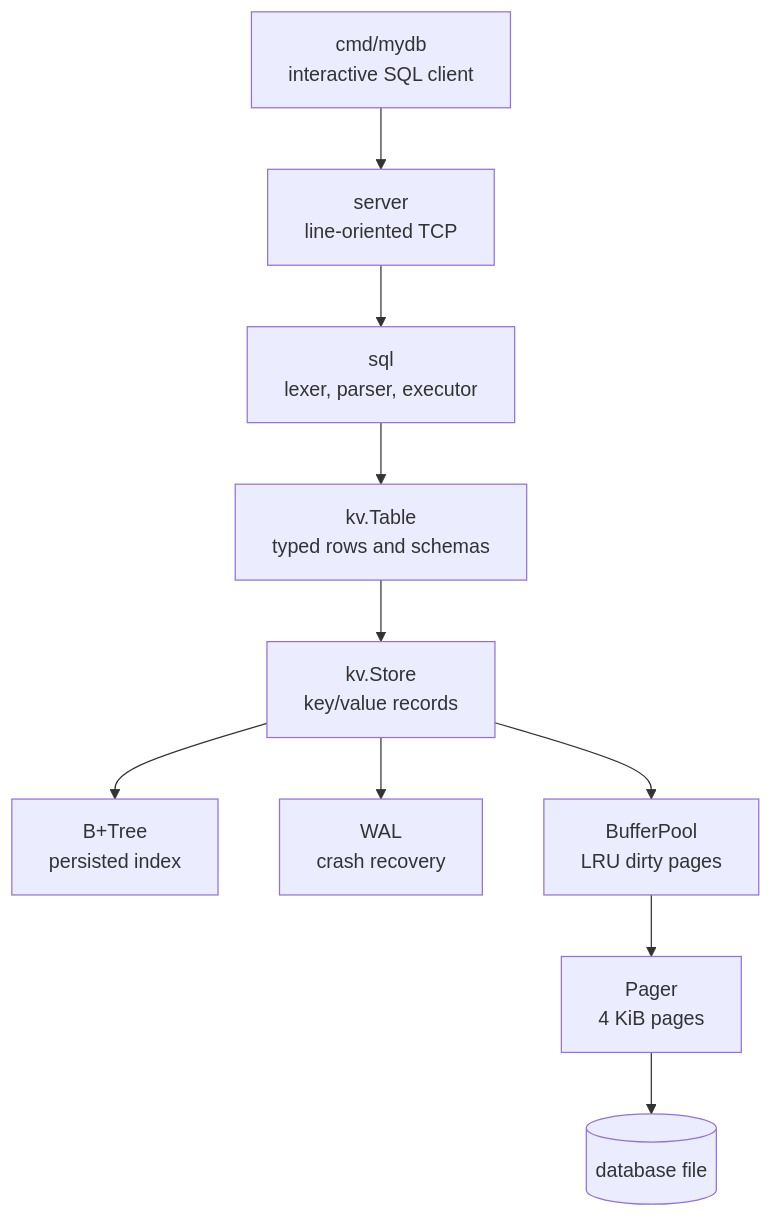
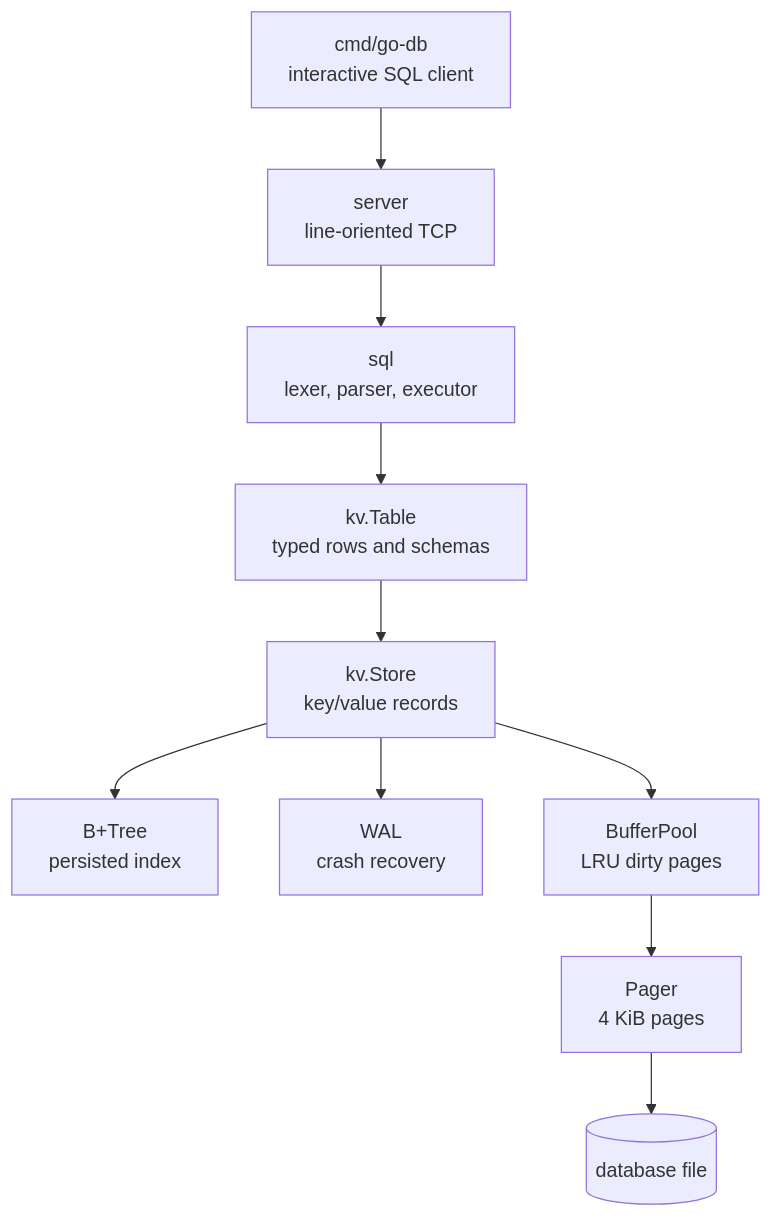
The first of 2 diagrams in README.md (ToxicBlades/go-db), drawn with Mermaid before and after one commit. The commit also changed other lines of this file and 11 other files, not shown here.

````diff
--- a/README.md
+++ b/README.md
@@ -27,12 +27,12 @@
 ```mermaid
 flowchart TD
-    CLI[cmd/mydb\ninteractive SQL client] --> TCP[server\nline-oriented TCP]
+    CLI[cmd/go-db\ninteractive SQL client] --> TCP[server\nline-oriented TCP]
     TCP --> SQL[sql\nlexer, parser, executor]
     SQL --> TABLE[kv.Table\ntyped rows and schemas]
     TABLE --> STORE[kv.Store\nkey/value records]
     STORE --> INDEX[B+Tree\npersisted index]
     STORE --> WAL[WAL\ncrash recovery]
     STORE --> POOL[BufferPool\nLRU dirty pages]
     POOL --> PAGER[Pager\n4 KiB pages]
     PAGER --> FILE[(database file)]
 ```
````
